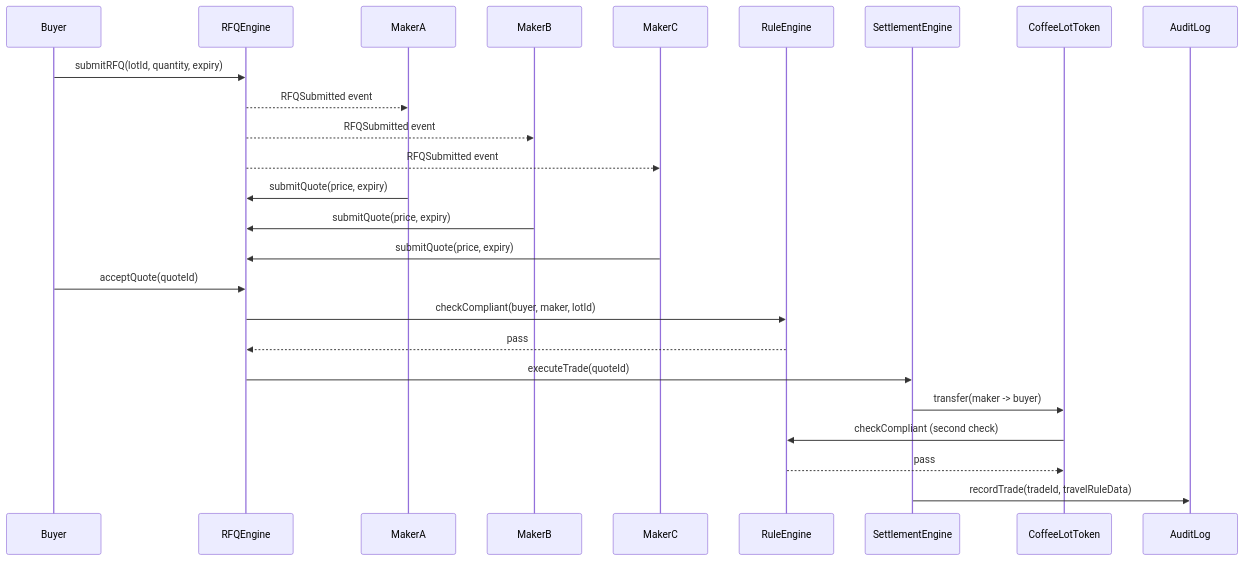
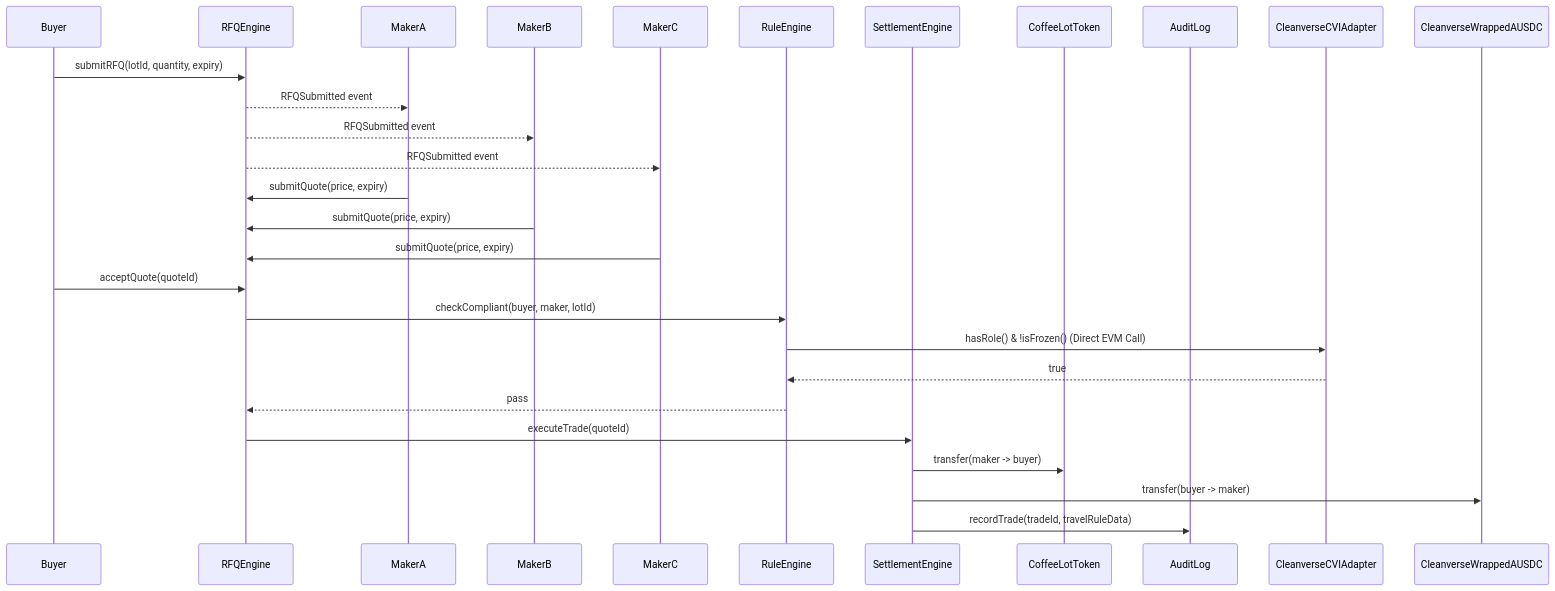
One commit to Zeddli/BeanForQuote changed the diagram in docs/02_CoffeeRFQ_RFQ_Engine_and_Pricing.md. Above: the diagram before and after it, drawn with Mermaid. The commit also changed other lines of this file and 15 other files, not shown here.

Commit message:
docs: add project documentation, architecture diagrams, and Cleanverse proposal

````diff
--- a/docs/02_CoffeeRFQ_RFQ_Engine_and_Pricing.md
+++ b/docs/02_CoffeeRFQ_RFQ_Engine_and_Pricing.md
@@ -29,28 +29,29 @@
 ```mermaid
 sequenceDiagram
     participant Buyer
     participant RFQEngine
     participant MakerA
     participant MakerB
     participant MakerC
     participant RuleEngine
     participant SettlementEngine
     participant CoffeeLotToken
     participant AuditLog
 
     Buyer->>RFQEngine: submitRFQ(lotId, quantity, expiry)
     RFQEngine-->>MakerA: RFQSubmitted event
     RFQEngine-->>MakerB: RFQSubmitted event
     RFQEngine-->>MakerC: RFQSubmitted event
     MakerA->>RFQEngine: submitQuote(price, expiry)
     MakerB->>RFQEngine: submitQuote(price, expiry)
     MakerC->>RFQEngine: submitQuote(price, expiry)
     Buyer->>RFQEngine: acceptQuote(quoteId)
     RFQEngine->>RuleEngine: checkCompliant(buyer, maker, lotId)
+    RuleEngine->>CleanverseCVIAdapter: hasRole() & !isFrozen() (Direct EVM Call)
+    CleanverseCVIAdapter-->>RuleEngine: true
     RuleEngine-->>RFQEngine: pass
     RFQEngine->>SettlementEngine: executeTrade(quoteId)
     SettlementEngine->>CoffeeLotToken: transfer(maker -> buyer)
-    CoffeeLotToken->>RuleEngine: checkCompliant (second check)
-    RuleEngine-->>CoffeeLotToken: pass
+    SettlementEngine->>CleanverseWrappedAUSDC: transfer(buyer -> maker)
     SettlementEngine->>AuditLog: recordTrade(tradeId, travelRuleData)
 ```
````
